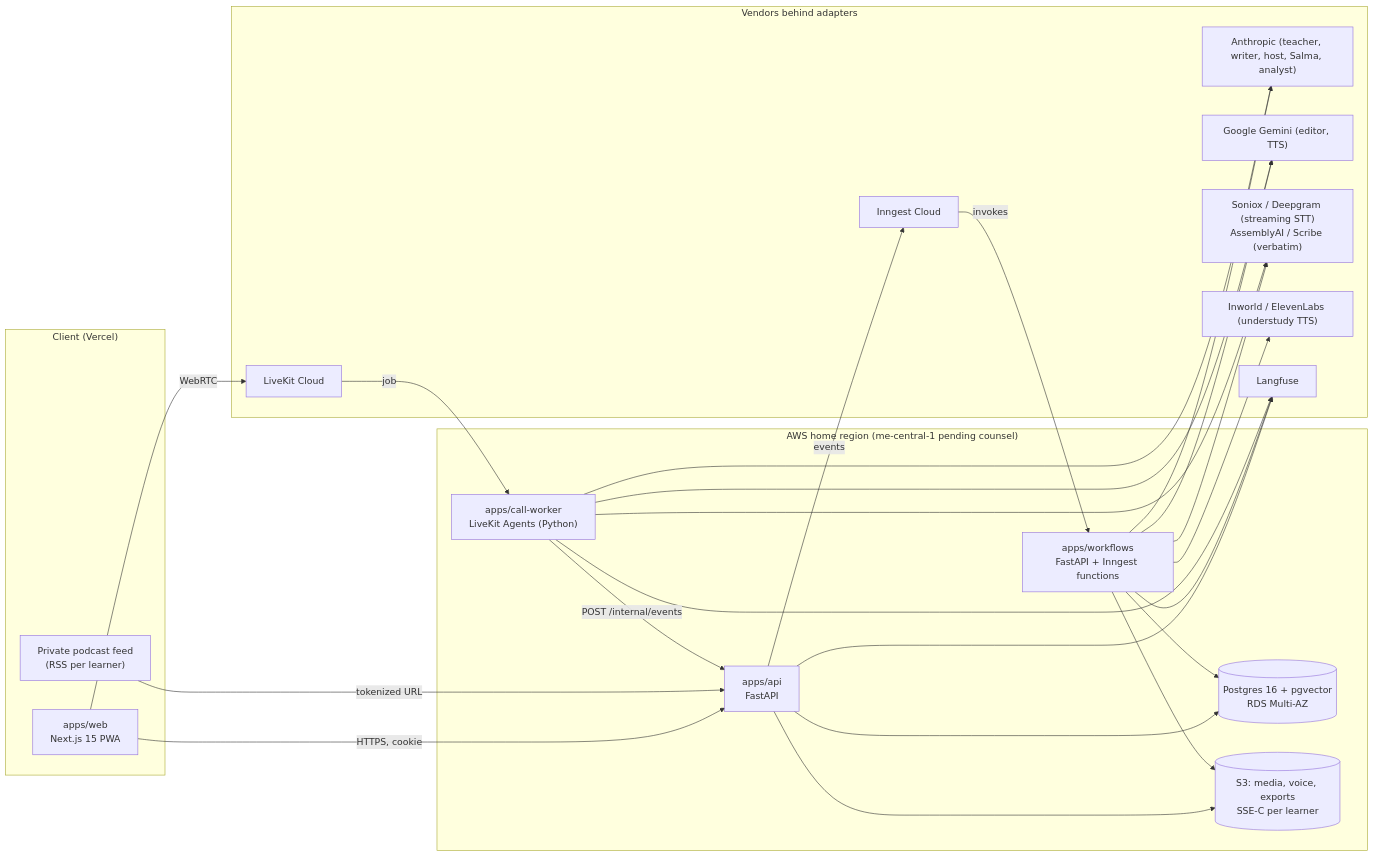
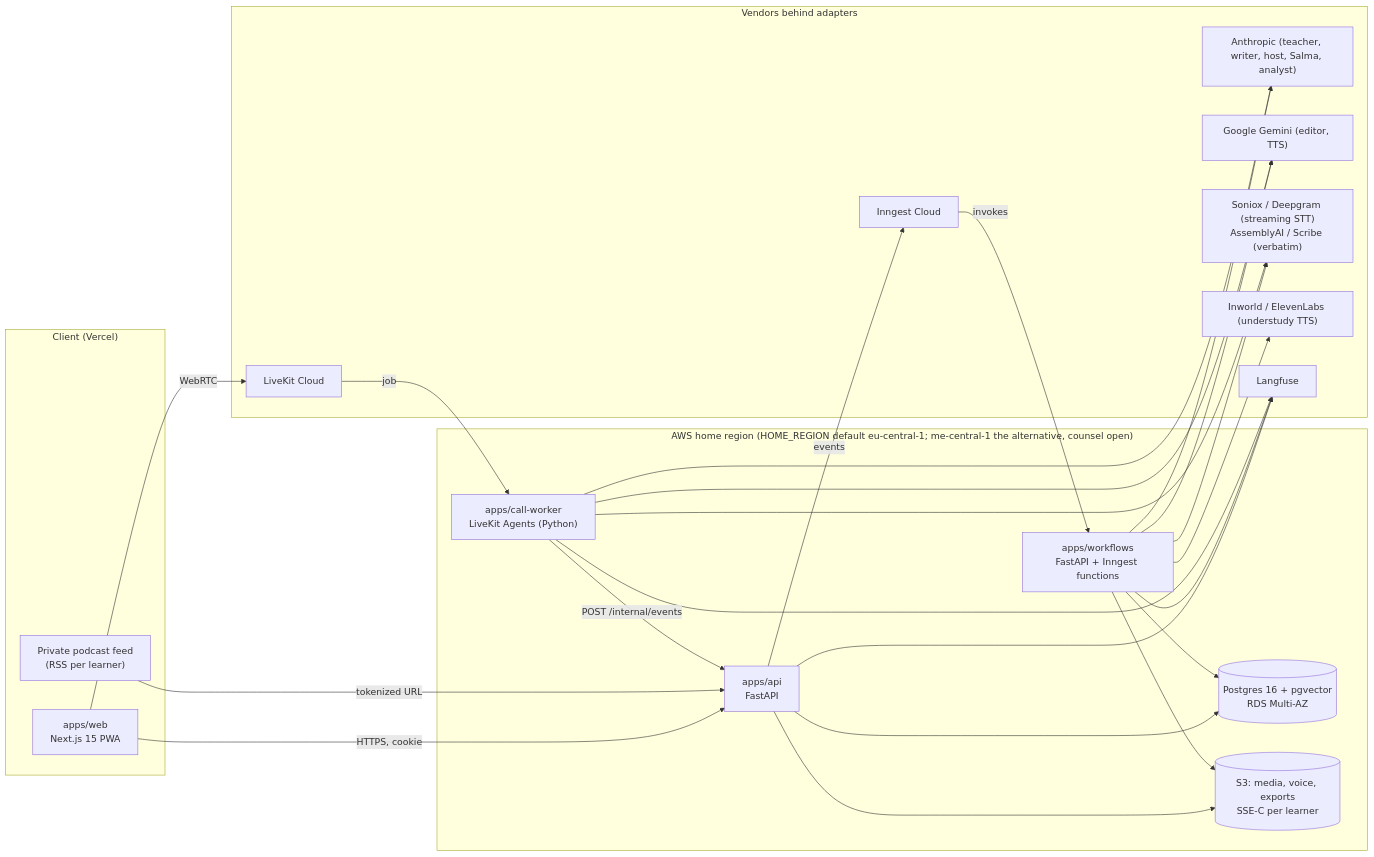
One commit to Muath-8/For-one changed the first of 3 diagrams in technical-design/00-overview.md. Above: the diagram before and after it, drawn with Mermaid. The commit also changed other lines of this file and 11 other files, not shown here.

First line of the commit message:
Align the technical design with the architecture decision records

````diff
--- a/technical-design/00-overview.md
+++ b/technical-design/00-overview.md
@@ -29,44 +29,44 @@
 ```mermaid
 flowchart LR
   subgraph Client["Client (Vercel)"]
     web["apps/web<br/>Next.js 15 PWA"]
     feed["Private podcast feed<br/>(RSS per learner)"]
   end
-  subgraph Edge["AWS home region (me-central-1 pending counsel)"]
+  subgraph Edge["AWS home region (HOME_REGION default eu-central-1; me-central-1 the alternative, counsel open)"]
     api["apps/api<br/>FastAPI"]
     wf["apps/workflows<br/>FastAPI + Inngest functions"]
     cw["apps/call-worker<br/>LiveKit Agents (Python)"]
     pg[("Postgres 16 + pgvector<br/>RDS Multi-AZ")]
     s3[("S3: media, voice, exports<br/>SSE-C per learner")]
   end
   subgraph Vendors["Vendors behind adapters"]
     llm["Anthropic (teacher, writer, host, Salma, analyst)"]
     gem["Google Gemini (editor, TTS)"]
     stt["Soniox / Deepgram (streaming STT)<br/>AssemblyAI / Scribe (verbatim)"]
     tts2["Inworld / ElevenLabs (understudy TTS)"]
     lk["LiveKit Cloud"]
     inn["Inngest Cloud"]
     lf["Langfuse"]
   end
   web -->|HTTPS, cookie| api
   web -->|WebRTC| lk
   feed -->|tokenized URL| api
   api --> pg
   api --> s3
   api -->|events| inn
   inn -->|invokes| wf
   wf --> pg
   wf --> s3
   wf --> llm
   wf --> gem
   wf --> stt
   wf --> tts2
   lk -->|job| cw
   cw --> stt
   cw --> llm
   cw --> gem
   cw -->|POST /internal/events| api
   api --> lf
   wf --> lf
   cw --> lf
 ```
````
